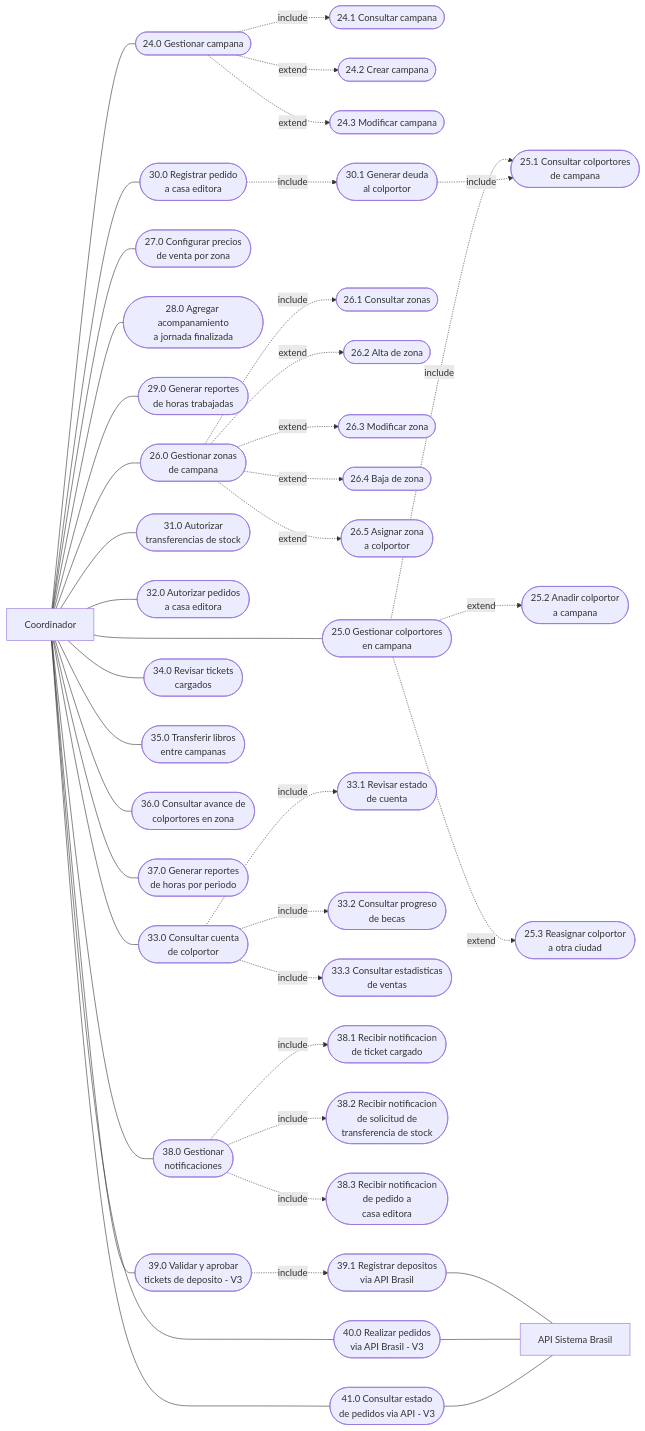
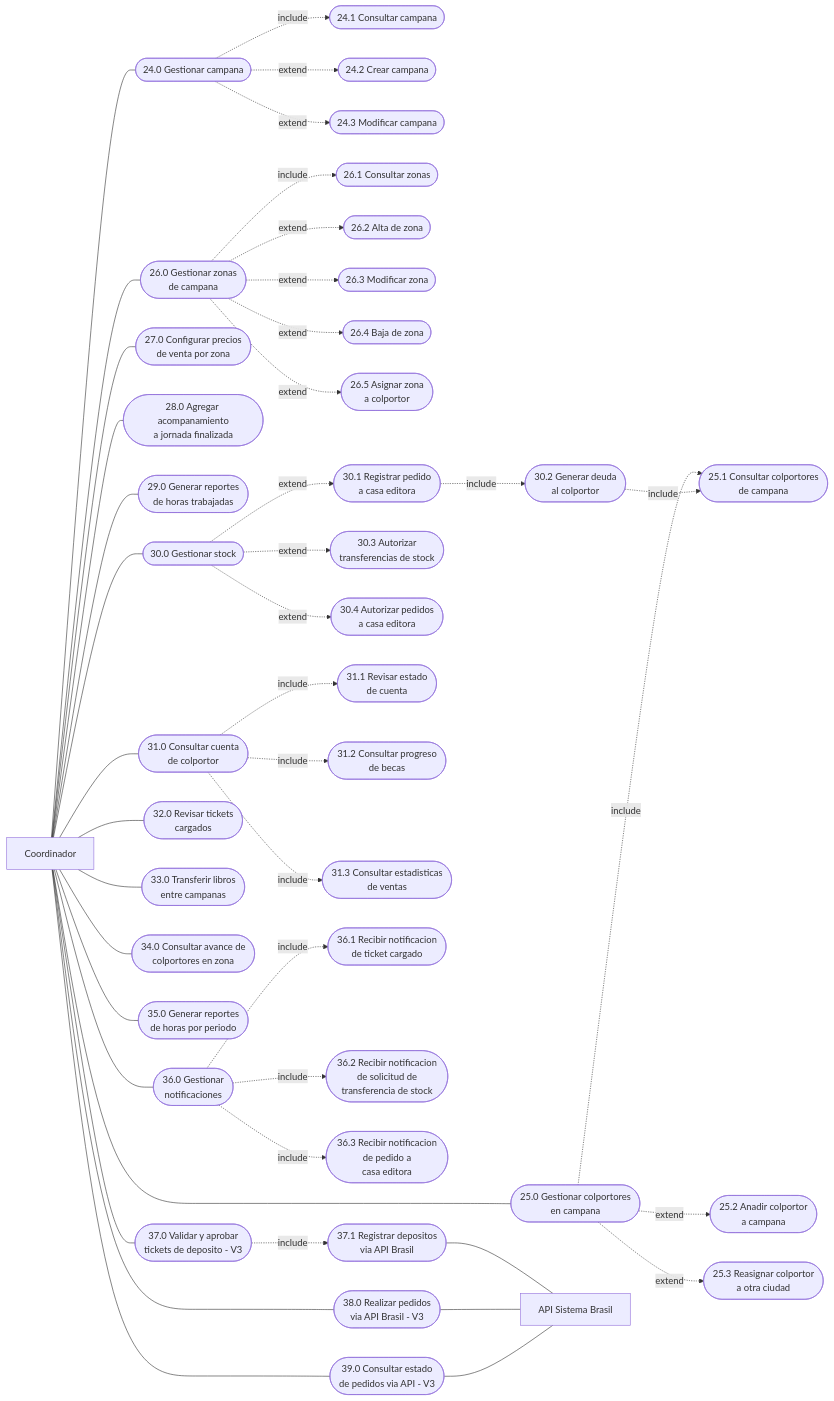
One commit to osorio-cristian-wt/docColportaje changed the fourth of 5 diagrams in CasosDeUso_ColportajeApp_PorRoles.md. Above: the diagram before and after it, drawn with Mermaid. The commit also changed other lines of this file, not shown here.

Commit message:
docs: actualizar diagramas y renombrar casos de uso en el documento de Colportaje App

````diff
--- a/CasosDeUso_ColportajeApp_PorRoles.md
+++ b/CasosDeUso_ColportajeApp_PorRoles.md
@@ -293,65 +293,65 @@
     CU29_0(["29.0 Generar reportes<br/>de horas trabajadas"])
     CO --- CU29_0
 
-    %% --- Stock V2 ---
-    CU30_0(["30.0 Registrar pedido<br/>a casa editora"])
-    CU30_1(["30.1 Generar deuda<br/>al colportor"])
+    %% --- Gestionar Stock V2 ---
+    CU30_0(["30.0 Gestionar stock"])
+    CU30_1(["30.1 Registrar pedido<br/>a casa editora"])
+    CU30_2(["30.2 Generar deuda<br/>al colportor"])
+    CU30_3(["30.3 Autorizar<br/>transferencias de stock"])
+    CU30_4(["30.4 Autorizar pedidos<br/>a casa editora"])
     CO --- CU30_0
-    CU30_0 -.->|"include"| CU30_1
-    CU30_1 -.->|"include"| CU25_1
+    CU30_0 -.->|"extend"| CU30_1
+    CU30_1 -.->|"include"| CU30_2
+    CU30_2 -.->|"include"| CU25_1
+    CU30_0 -.->|"extend"| CU30_3
+    CU30_0 -.->|"extend"| CU30_4
 
-    CU31_0(["31.0 Autorizar<br/>transferencias de stock"])
+    %% --- Cuenta de Colportor (agrupa consultas) ---
+    CU31_0(["31.0 Consultar cuenta<br/>de colportor"])
+    CU31_1(["31.1 Revisar estado<br/>de cuenta"])
+    CU31_2(["31.2 Consultar progreso<br/>de becas"])
+    CU31_3(["31.3 Consultar estadisticas<br/>de ventas"])
     CO --- CU31_0
+    CU31_0 -.->|"include"| CU31_1
+    CU31_0 -.->|"include"| CU31_2
+    CU31_0 -.->|"include"| CU31_3
 
-    CU32_0(["32.0 Autorizar pedidos<br/>a casa editora"])
+    CU32_0(["32.0 Revisar tickets<br/>cargados"])
     CO --- CU32_0
 
-    %% --- Cuenta de Colportor (agrupa consultas) ---
-    CU33_0(["33.0 Consultar cuenta<br/>de colportor"])
-    CU33_1(["33.1 Revisar estado<br/>de cuenta"])
-    CU33_2(["33.2 Consultar progreso<br/>de becas"])
-    CU33_3(["33.3 Consultar estadisticas<br/>de ventas"])
+    CU33_0(["33.0 Transferir libros<br/>entre campanas"])
     CO --- CU33_0
-    CU33_0 -.->|"include"| CU33_1
-    CU33_0 -.->|"include"| CU33_2
-    CU33_0 -.->|"include"| CU33_3
 
-    CU34_0(["34.0 Revisar tickets<br/>cargados"])
+    %% --- Reportes ---
+    CU34_0(["34.0 Consultar avance de<br/>colportores en zona"])
     CO --- CU34_0
 
-    CU35_0(["35.0 Transferir libros<br/>entre campanas"])
+    CU35_0(["35.0 Generar reportes<br/>de horas por periodo"])
     CO --- CU35_0
 
-    %% --- Reportes ---
-    CU36_0(["36.0 Consultar avance de<br/>colportores en zona"])
+    %% --- Notificaciones ---
+    CU36_0(["36.0 Gestionar<br/>notificaciones"])
+    CU36_1(["36.1 Recibir notificacion<br/>de ticket cargado"])
+    CU36_2(["36.2 Recibir notificacion<br/>de solicitud de<br/>transferencia de stock"])
+    CU36_3(["36.3 Recibir notificacion<br/>de pedido a<br/>casa editora"])
     CO --- CU36_0
-
-    CU37_0(["37.0 Generar reportes<br/>de horas por periodo"])
-    CO --- CU37_0
-
-    %% --- Notificaciones ---
-    CU38_0(["38.0 Gestionar<br/>notificaciones"])
-    CU38_1(["38.1 Recibir notificacion<br/>de ticket cargado"])
-    CU38_2(["38.2 Recibir notificacion<br/>de solicitud de<br/>transferencia de stock"])
-    CU38_3(["38.3 Recibir notificacion<br/>de pedido a<br/>casa editora"])
-    CO --- CU38_0
-    CU38_0 -.->|"include"| CU38_1
-    CU38_0 -.->|"include"| CU38_2
-    CU38_0 -.->|"include"| CU38_3
+    CU36_0 -.->|"include"| CU36_1
+    CU36_0 -.->|"include"| CU36_2
+    CU36_0 -.->|"include"| CU36_3
 
     %% --- Brasil V3 ---
-    CU39_0(["39.0 Validar y aprobar<br/>tickets de deposito - V3"])
-    CU39_1(["39.1 Registrar depositos<br/>via API Brasil"])
+    CU37_0(["37.0 Validar y aprobar<br/>tickets de deposito - V3"])
+    CU37_1(["37.1 Registrar depositos<br/>via API Brasil"])
     API["API Sistema Brasil"]
+    CO --- CU37_0
+    CU37_0 -.->|"include"| CU37_1
+    CU37_1 --- API
+
+    CU38_0(["38.0 Realizar pedidos<br/>via API Brasil - V3"])
+    CO --- CU38_0
+    CU38_0 --- API
+
+    CU39_0(["39.0 Consultar estado<br/>de pedidos via API - V3"])
     CO --- CU39_0
-    CU39_0 -.->|"include"| CU39_1
-    CU39_1 --- API
-
-    CU40_0(["40.0 Realizar pedidos<br/>via API Brasil - V3"])
-    CO --- CU40_0
-    CU40_0 --- API
-
-    CU41_0(["41.0 Consultar estado<br/>de pedidos via API - V3"])
-    CO --- CU41_0
-    CU41_0 --- API
+    CU39_0 --- API
 ```
````
